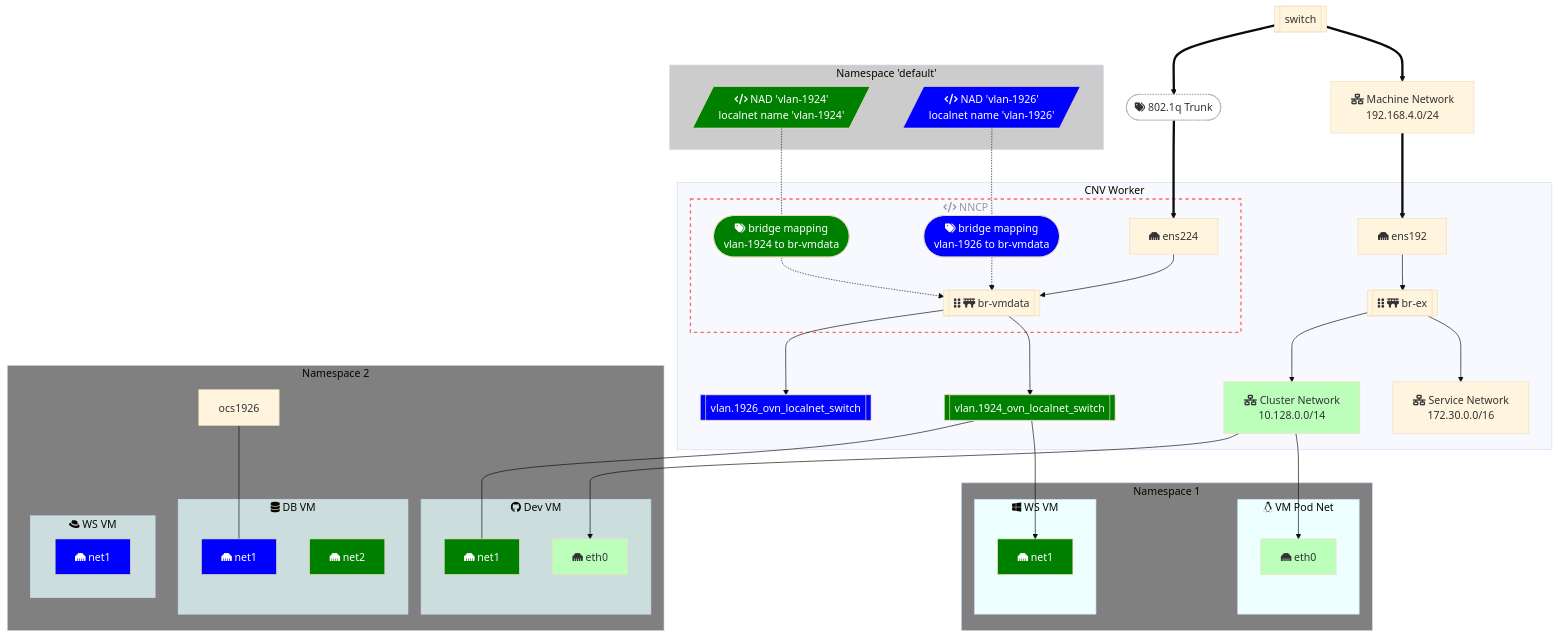
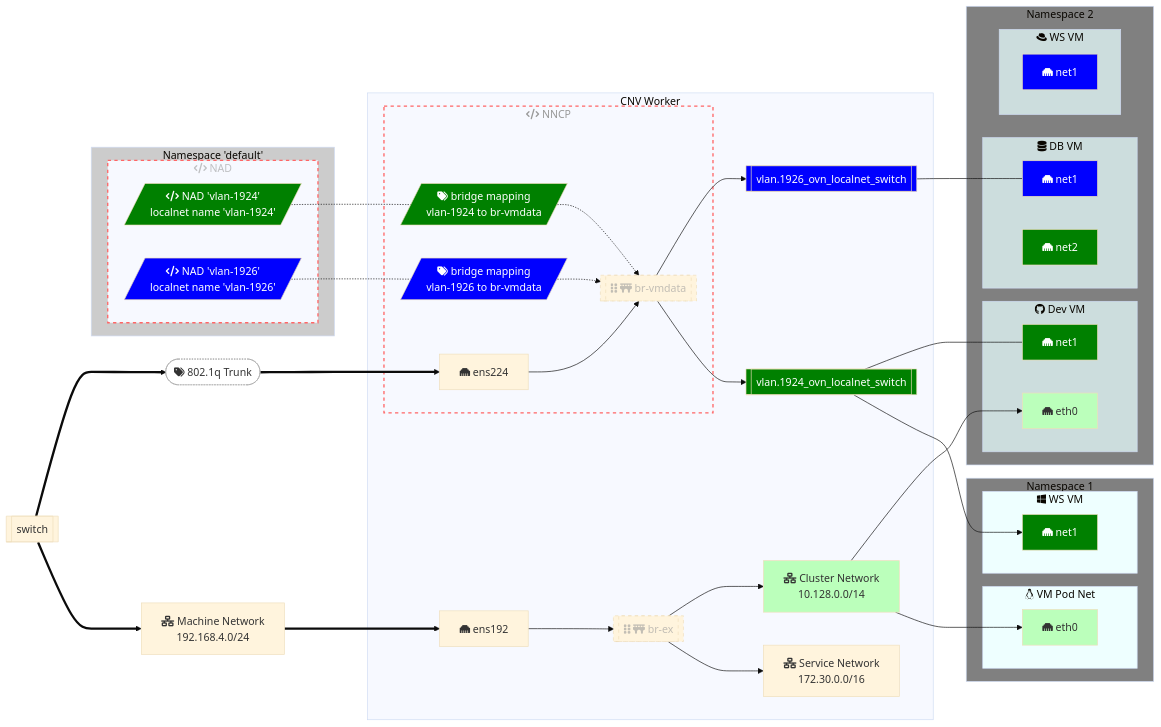
The first of 3 diagrams in networking/diagram.md (dlbewley/demo-virt), drawn with Mermaid (base theme) before and after one commit. The commit also changed other lines of this file, not shown here.

Commit message:
vswitches per localnet

````diff
--- a/networking/diagram.md
+++ b/networking/diagram.md
@@ -14,5 +27,5 @@
 ```mermaid
-graph TD;
+graph LR;
 
   switch["Switch fa:fa-grip-vertical"]
   machinenet["fa:fa-network-wired Machine Network<br> 192.168.4.0/24"]
@@ -29,11 +42,13 @@
     br-ex --> servicenet
     br-ex --> clusternet
 
+
+
     subgraph nncp["fa:fa-code NNCP"]
       ens224["fa:fa-ethernet ens224"]
       ens224 --> br-vmdata[["fa:fa-grip-vertical fa:fa-bridge br-vmdata"]]
-      BM1924(["fa:fa-tags bridge mapping\nvlan-1924 to br-vmdata"]) -.-> br-vmdata
-      BM1926(["fa:fa-tags bridge mapping\nvlan-1926 to br-vmdata"]) -.-> br-vmdata
+      BM1924[/"fa:fa-tags bridge mapping\nvlan-1924 to br-vmdata"/] -.-> br-vmdata
+      BM1926[/"fa:fa-tags bridge mapping\nvlan-1926 to br-vmdata"/] -.-> br-vmdata
 
     end
 
@@ -43,8 +58,10 @@
   end
 
   subgraph nsdefault["Namespace 'default'"]
-    ns2-nad-1924[/"fa:fa-code NAD 'vlan-1924'\nlocalnet name 'vlan-1924'"/] -.- BM1924
-    ns2-nad-1926[/"fa:fa-code NAD 'vlan-1926'\nlocalnet name 'vlan-1926'"/] -.- BM1926
+    subgraph nad["fa:fa-code NAD"]
+      ns2-nad-1924[/"fa:fa-code NAD 'vlan-1924'\nlocalnet name 'vlan-1924'"/] -.- BM1924
+      ns2-nad-1926[/"fa:fa-code NAD 'vlan-1926'\nlocalnet name 'vlan-1926'"/] -.- BM1926
+    end
   end
 
   subgraph ns1["Namespace 1"]
@@ -77,7 +94,7 @@
     end
 
     ovs1924 --- ns2-vm1-nic1
-    ocs1926 --- ns2-vm2-nic1
+    ovs1926 --- ns2-vm2-nic1
   end
 
   classDef clusterNet fill:#bfb
@@ -89,6 +106,10 @@
   classDef vlan-1926 fil:#fbb, fill:Blue, color:White
   class ens224.1926,BM1926,ns1-nad-1926,ns2-nad-1926,ns2-vm2-nic1,ns2-vm3-nic1,ovs1926 vlan-1926
 
+  classDef bridge color:#9999,file:cyan,stroke-dasharray: 5 5
+  class br-ex,br-vmdata bridge
+
+  style nad stroke:#f66,stroke-width:2px,color:#9999,file:none,stroke-dasharray: 5 5
   style nncp stroke:#f66,stroke-width:2px,color:#999,stroke-dasharray: 5 5
   style T fill:white,stroke:darkgrey,stroke-width:1px,color:#333,stroke-dasharray: 2 2
 
````
